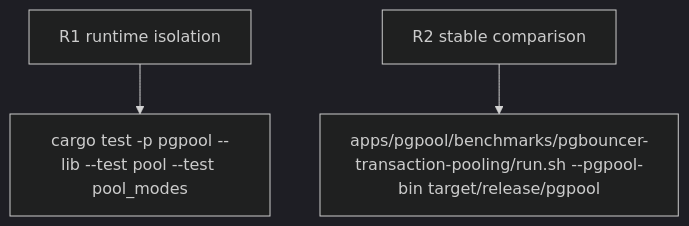
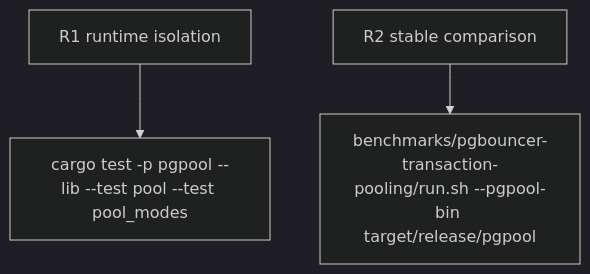
One commit to faberline/pgpool changed the second of 2 diagrams in tech-design/logic/p0-tune-tokio-worker-count-for-transaction-relay-throughput.md. Above: the diagram before and after it, drawn with Mermaid (dark theme). The commit also changed other lines of this file and 120 other files, not shown here.

````diff
--- a/tech-design/logic/p0-tune-tokio-worker-count-for-transaction-relay-throughput.md
+++ b/tech-design/logic/p0-tune-tokio-worker-count-for-transaction-relay-throughput.md
@@ -42,21 +42,21 @@
 ```mermaid
 ---
 id: pgpool-worker-count-contract-verification
 requirements:
   runtime_isolation:
     id: R1
     text: "Worker-count tuning leaves all protocol, pool capacity, and reset isolation behavior unchanged."
     kind: regression
     risk: high
     verify: cargo test -p pgpool --lib --test pool --test pool_modes
   stable_comparison:
     id: R2
     text: "Every retained release comparison has all 64 clients and no pgbench errors; stable win requires multiple runs rather than one outlier."
     kind: integration
     risk: high
-    verify: apps/pgpool/benchmarks/pgbouncer-transaction-pooling/run.sh --pgpool-bin target/release/pgpool
+    verify: benchmarks/pgbouncer-transaction-pooling/run.sh --pgpool-bin target/release/pgpool
 ---
 flowchart TD
     r1[R1 runtime isolation] --> cargo_test_p_pgpool_lib_test_pool_test_pool_modes[cargo test -p pgpool --lib --test pool --test pool_modes]
-    r2[R2 stable comparison] --> apps_pgpool_benchmarks_pgbouncer_transaction_pooling_run_sh_pgpool_bin_target_release_pgpool[apps/pgpool/benchmarks/pgbouncer-transaction-pooling/run.sh --pgpool-bin target/release/pgpool]
+    r2[R2 stable comparison] --> apps_pgpool_benchmarks_pgbouncer_transaction_pooling_run_sh_pgpool_bin_target_release_pgpool[benchmarks/pgbouncer-transaction-pooling/run.sh --pgpool-bin target/release/pgpool]
 ```
````
